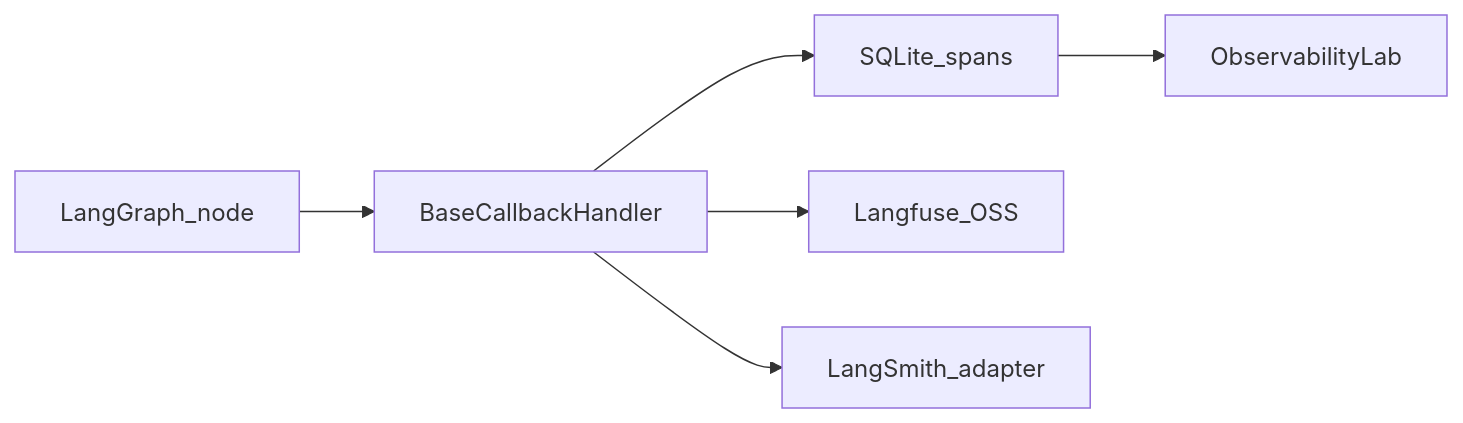
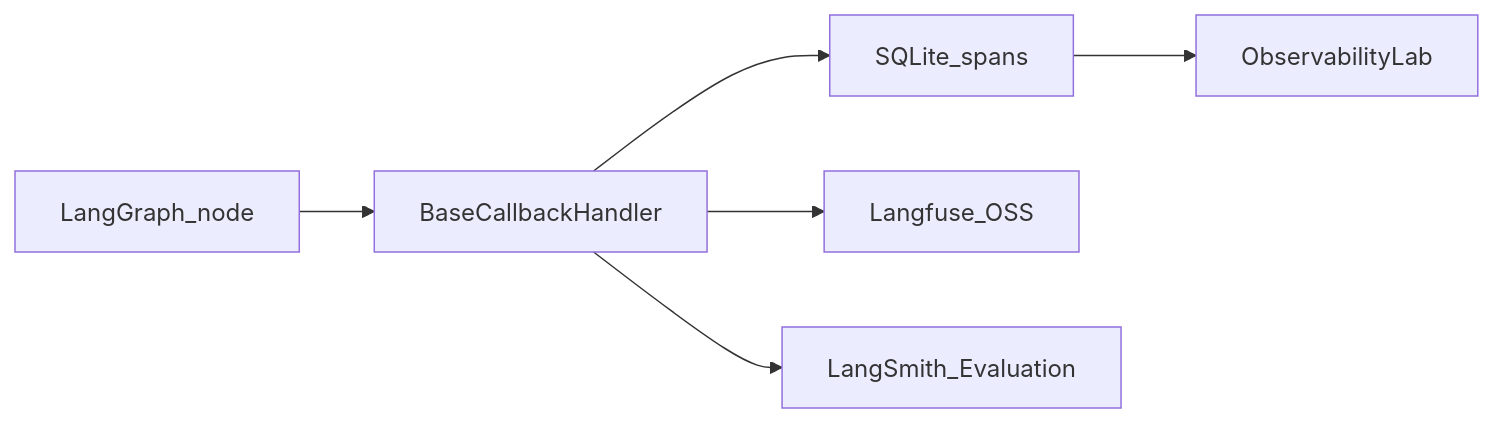
Before and after one commit to AdamCage/scoring-ai-agents-langchain: the diagram in docs/architecture/observability-pipeline.mmd, drawn with Mermaid. The commit also changed 30 other files, not shown here.

First line of the commit message:
Close the interview gaps: real LangSmith evaluate, honest critic labels, and a stricter quality gate.

```diff
--- a/docs/architecture/observability-pipeline.mmd
+++ b/docs/architecture/observability-pipeline.mmd
@@ -1,11 +1,11 @@
 flowchart LR
   Node[LangGraph_node]
   Callback[BaseCallbackHandler]
   Local[SQLite_spans]
   Langfuse[Langfuse_OSS]
-  LangSmith[LangSmith_adapter]
+  LangSmith[LangSmith_Evaluation]
   UI[ObservabilityLab]
   Node --> Callback
   Callback --> Local --> UI
   Callback --> Langfuse
   Callback --> LangSmith
```
